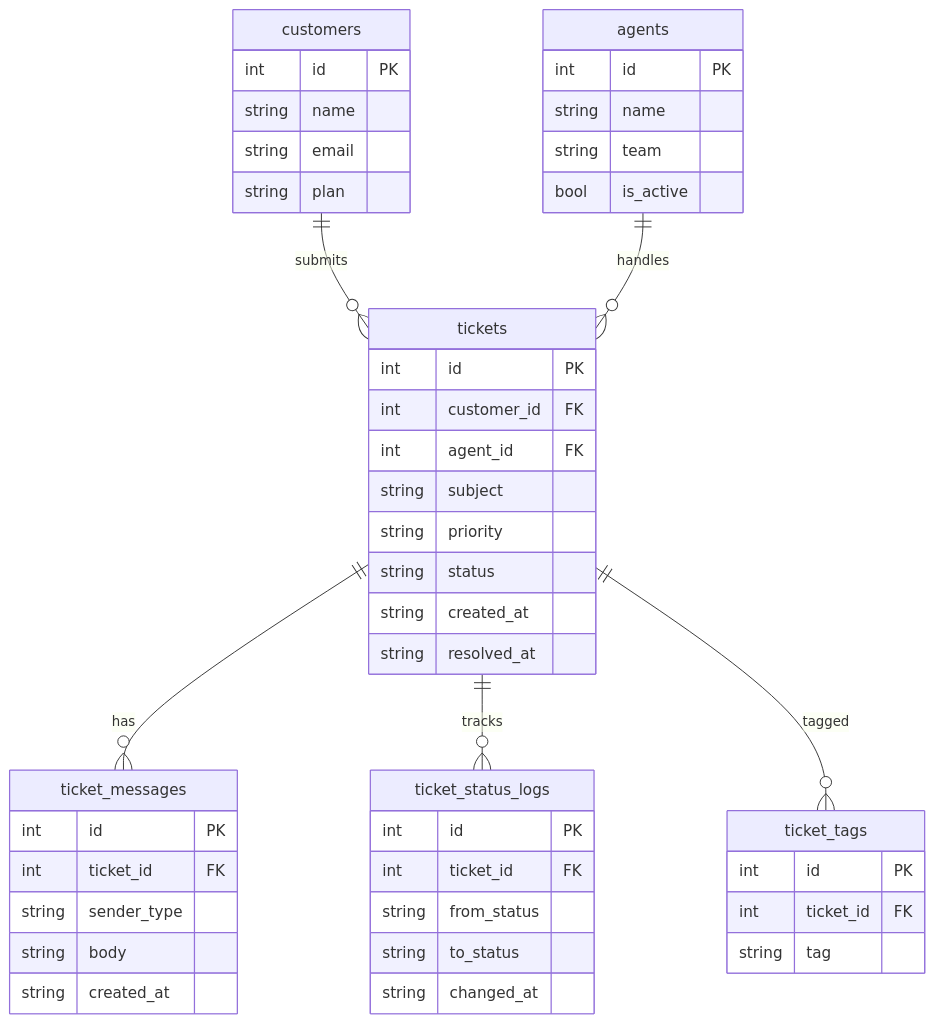
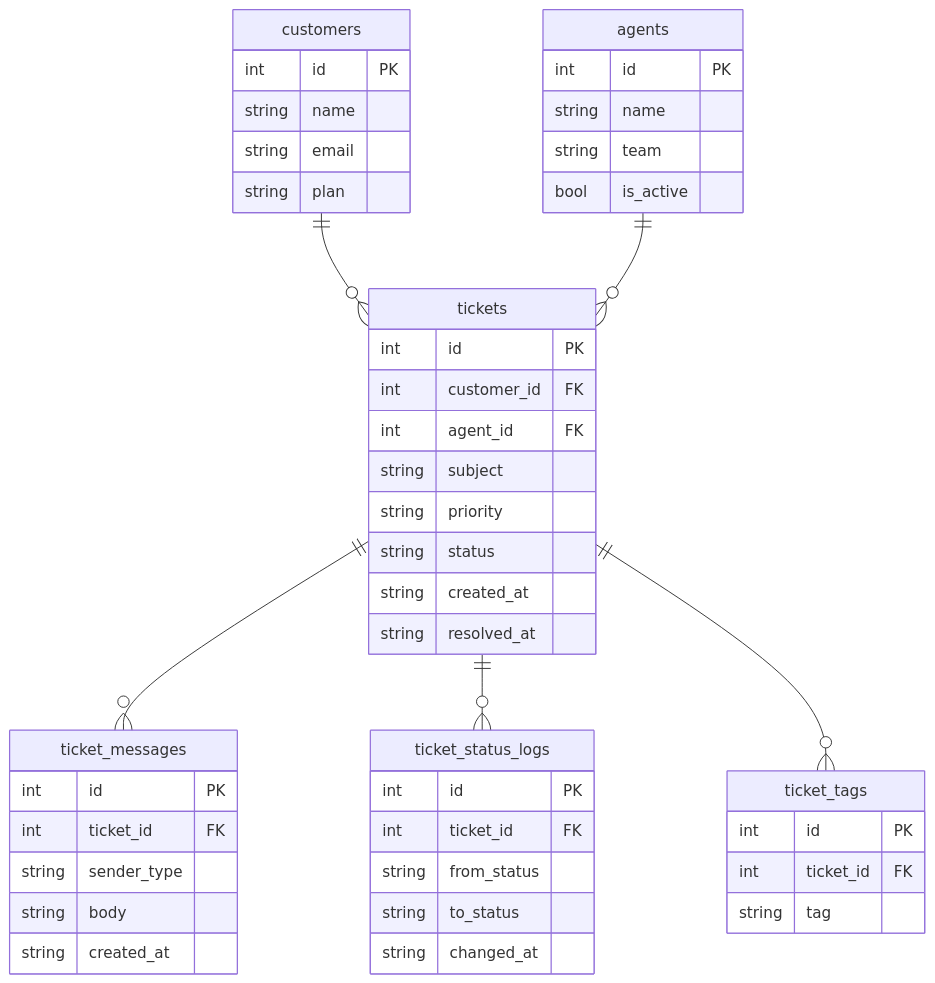
One commit to dota-pilot1/towercrane-for-uiux changed the diagram in towercrane-for-uiux-server/src/sql-practice/seeds/06_support_ticket.mmd. Above: the diagram before and after it, drawn with Mermaid. The commit also changed 11 other files, not shown here.

Commit message:
style: ERD 관계선 레이블 제거 — 까마귀발 표기법으로 충분

```diff
--- a/towercrane-for-uiux-server/src/sql-practice/seeds/06_support_ticket.mmd
+++ b/towercrane-for-uiux-server/src/sql-practice/seeds/06_support_ticket.mmd
@@ -1,48 +1,48 @@
 erDiagram
-    customers ||--o{ tickets : "submits"
-    agents ||--o{ tickets : "handles"
-    tickets ||--o{ ticket_messages : "has"
-    tickets ||--o{ ticket_status_logs : "tracks"
-    tickets ||--o{ ticket_tags : "tagged"
+    customers ||--o{ tickets : ""
+    agents ||--o{ tickets : ""
+    tickets ||--o{ ticket_messages : ""
+    tickets ||--o{ ticket_status_logs : ""
+    tickets ||--o{ ticket_tags : ""
 
     customers {
         int id PK
         string name
         string email
         string plan
     }
     agents {
         int id PK
         string name
         string team
         bool is_active
     }
     tickets {
         int id PK
         int customer_id FK
         int agent_id FK
         string subject
         string priority
         string status
         string created_at
         string resolved_at
     }
     ticket_messages {
         int id PK
         int ticket_id FK
         string sender_type
         string body
         string created_at
     }
     ticket_status_logs {
         int id PK
         int ticket_id FK
         string from_status
         string to_status
         string changed_at
     }
     ticket_tags {
         int id PK
         int ticket_id FK
         string tag
     }
```
